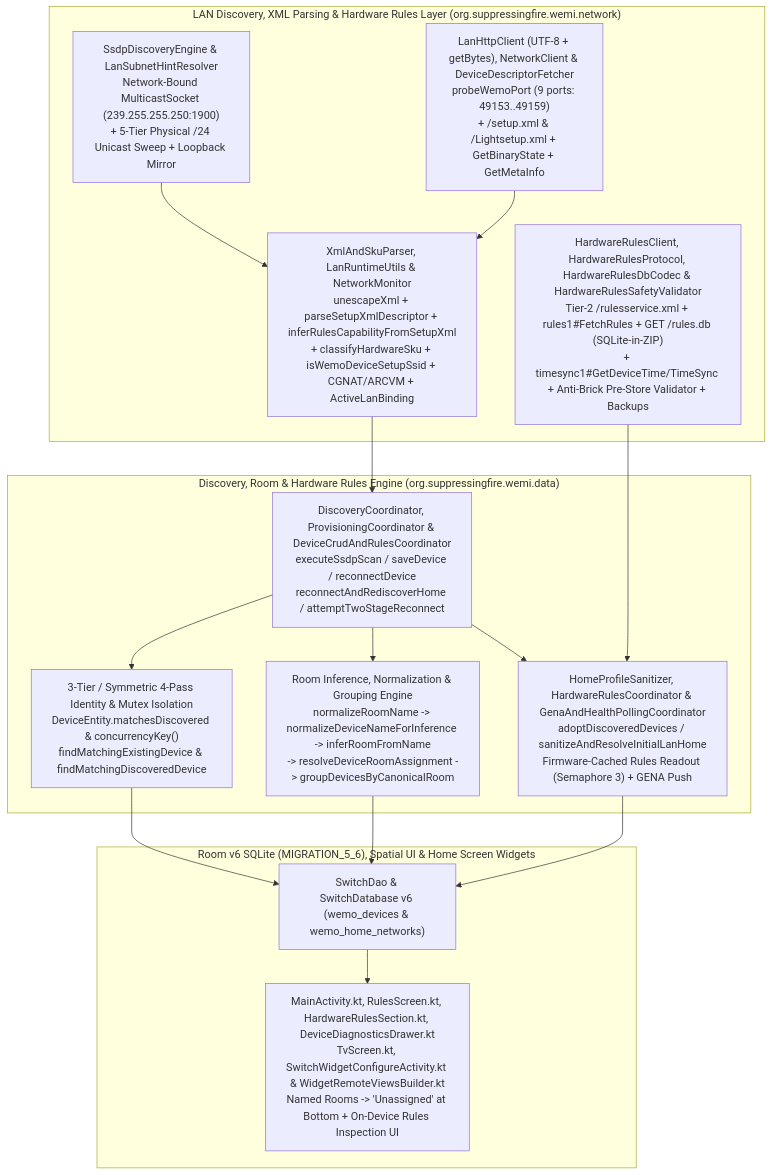
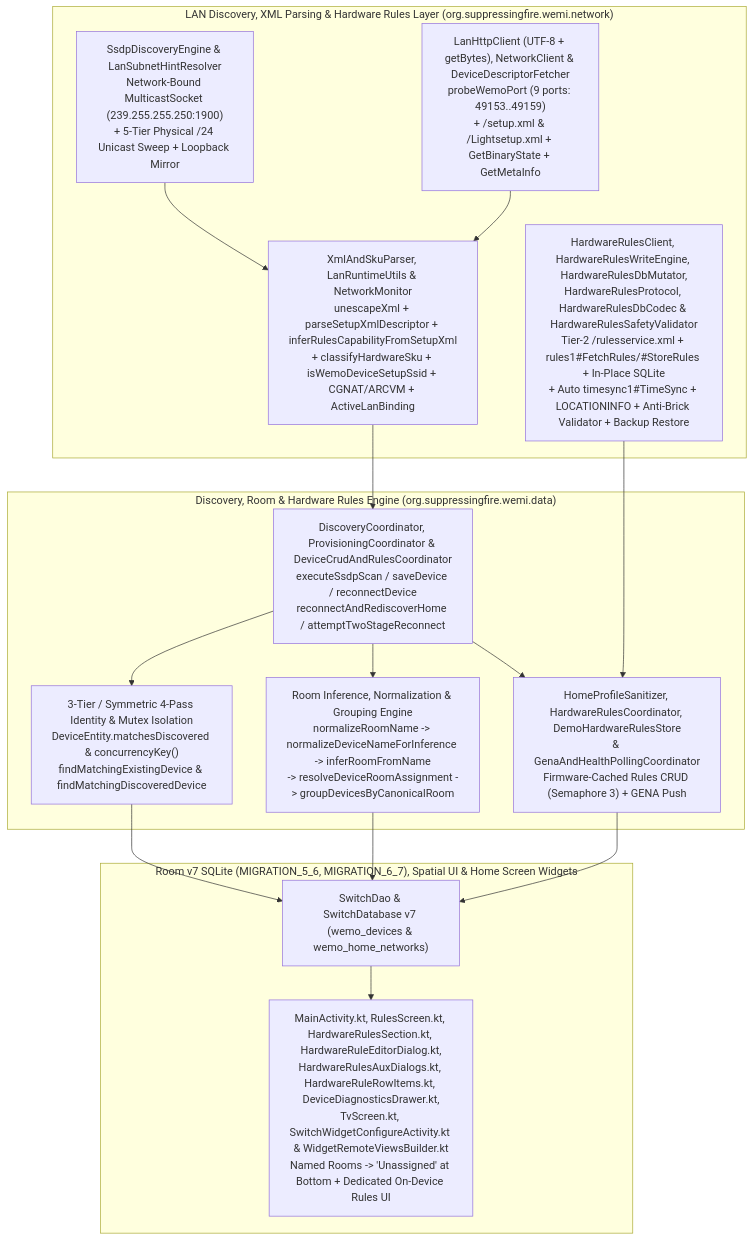
The diagram in DISCOVERY_AND_ROOM_GROUPING.md (MichaelRHead/WeMi-light-control), drawn with Mermaid before and after one commit. The commit also changed other lines of this file and 51 other files, not shown here.

First line of the commit message:
feat(rules): add live on-device switch rule editing and clock sync

````diff
--- a/DISCOVERY_AND_ROOM_GROUPING.md
+++ b/DISCOVERY_AND_ROOM_GROUPING.md
@@ -43,33 +43,33 @@
 ```mermaid
 flowchart TD
     subgraph Network["LAN Discovery, XML Parsing & Hardware Rules Layer (org.suppressingfire.wemi.network)"]
         SSDP["SsdpDiscoveryEngine & LanSubnetHintResolver\nNetwork-Bound MulticastSocket (239.255.255.250:1900)\n+ 5-Tier Physical /24 Unicast Sweep + Loopback Mirror"]
         XML["XmlAndSkuParser, LanRuntimeUtils & NetworkMonitor\nunescapeXml + parseSetupXmlDescriptor + inferRulesCapabilityFromSetupXml\n+ classifyHardwareSku + isWemoDeviceSetupSsid + CGNAT/ARCVM + ActiveLanBinding"]
         PORT["LanHttpClient (UTF-8 + getBytes), NetworkClient & DeviceDescriptorFetcher\nprobeWemoPort (9 ports: 49153..49159)\n+ /setup.xml & /Lightsetup.xml + GetBinaryState + GetMetaInfo"]
-        HWRULES["HardwareRulesClient, HardwareRulesProtocol, HardwareRulesDbCodec & HardwareRulesSafetyValidator\nTier-2 /rulesservice.xml + rules1#FetchRules + GET /rules.db (SQLite-in-ZIP)\n+ timesync1#GetDeviceTime/TimeSync + Anti-Brick Pre-Store Validator + Backups"]
+        HWRULES["HardwareRulesClient, HardwareRulesWriteEngine, HardwareRulesDbMutator,\nHardwareRulesProtocol, HardwareRulesDbCodec & HardwareRulesSafetyValidator\nTier-2 /rulesservice.xml + rules1#FetchRules/#StoreRules + In-Place SQLite\n+ Auto timesync1#TimeSync + LOCATIONINFO + Anti-Brick Validator + Backup Restore"]
     end
 
     subgraph Coordinator["Discovery, Room & Hardware Rules Engine (org.suppressingfire.wemi.data)"]
         COORD["DiscoveryCoordinator, ProvisioningCoordinator & DeviceCrudAndRulesCoordinator\nexecuteSsdpScan / saveDevice / reconnectDevice\nreconnectAndRediscoverHome / attemptTwoStageReconnect"]
         MATCH["3-Tier / Symmetric 4-Pass Identity & Mutex Isolation\nDeviceEntity.matchesDiscovered & concurrencyKey()\nfindMatchingExistingDevice & findMatchingDiscoveredDevice"]
         ROOM["Room Inference, Normalization & Grouping Engine\nnormalizeRoomName -> normalizeDeviceNameForInference -> inferRoomFromName\n-> resolveDeviceRoomAssignment -> groupDevicesByCanonicalRoom"]
-        HOME["HomeProfileSanitizer, HardwareRulesCoordinator & GenaAndHealthPollingCoordinator\nadoptDiscoveredDevices / sanitizeAndResolveInitialLanHome\nFirmware-Cached Rules Readout (Semaphore 3) + GENA Push"]
+        HOME["HomeProfileSanitizer, HardwareRulesCoordinator, DemoHardwareRulesStore\n& GenaAndHealthPollingCoordinator\nFirmware-Cached Rules CRUD (Semaphore 3) + GENA Push"]
     end
 
-    subgraph StorageUI["Room v6 SQLite (MIGRATION_5_6), Spatial UI & Home Screen Widgets"]
-        DB["SwitchDao & SwitchDatabase v6 (wemo_devices & wemo_home_networks)"]
-        SORT["MainActivity.kt, RulesScreen.kt, HardwareRulesSection.kt, DeviceDiagnosticsDrawer.kt\nTvScreen.kt, SwitchWidgetConfigureActivity.kt & WidgetRemoteViewsBuilder.kt\nNamed Rooms -> 'Unassigned' at Bottom + On-Device Rules Inspection UI"]
+    subgraph StorageUI["Room v7 SQLite (MIGRATION_5_6, MIGRATION_6_7), Spatial UI & Home Screen Widgets"]
+        DB["SwitchDao & SwitchDatabase v7 (wemo_devices & wemo_home_networks)"]
+        SORT["MainActivity.kt, RulesScreen.kt, HardwareRulesSection.kt, HardwareRuleEditorDialog.kt,\nHardwareRulesAuxDialogs.kt, HardwareRuleRowItems.kt, DeviceDiagnosticsDrawer.kt,\nTvScreen.kt, SwitchWidgetConfigureActivity.kt & WidgetRemoteViewsBuilder.kt\nNamed Rooms -> 'Unassigned' at Bottom + Dedicated On-Device Rules UI"]
     end
 
     SSDP --> XML
     PORT --> XML
     XML --> COORD
     HWRULES --> HOME
     COORD --> MATCH
     COORD --> ROOM
     COORD --> HOME
     MATCH --> DB
     ROOM --> DB
     HOME --> DB
     DB --> SORT
 ```
````
